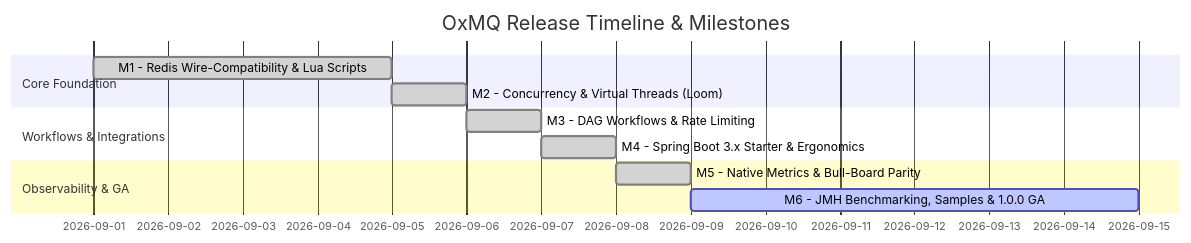
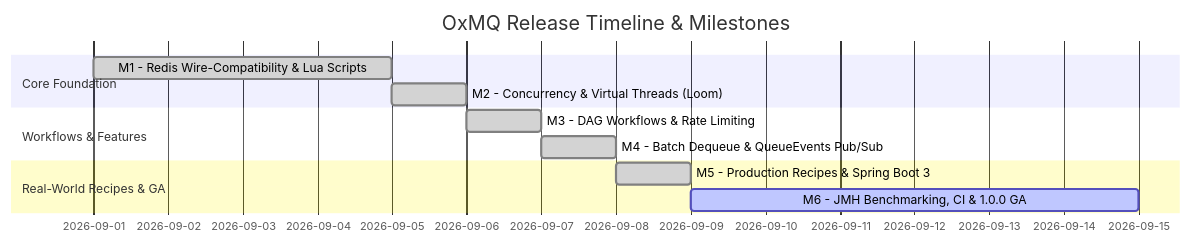
Before and after one commit to gaurav10610/oxmq: the diagram in docs/ROADMAP.md, drawn with Mermaid. The commit also changed other lines of this file and 3 other files, not shown here.

First line of the commit message:
docs: ground documentation, optimize for SEO, and update architecture/roadmap

````diff
--- a/docs/ROADMAP.md
+++ b/docs/ROADMAP.md
@@ -11,14 +11,14 @@
 ```mermaid
 gantt
     title OxMQ Release Timeline & Milestones
     dateFormat  YYYY-MM-DD
     section Core Foundation
     M1 - Redis Wire-Compatibility & Lua Scripts :done, 2026-09-01, 2026-09-05
     M2 - Concurrency & Virtual Threads (Loom)   :done, 2026-09-05, 2026-09-06
-    section Workflows & Integrations
+    section Workflows & Features
     M3 - DAG Workflows & Rate Limiting          :done, 2026-09-06, 2026-09-07
-    M4 - Spring Boot 3.x Starter & Ergonomics   :done, 2026-09-07, 2026-09-08
-    section Observability & GA
-    M5 - Native Metrics & Bull-Board Parity     :done, 2026-09-08, 2026-09-09
-    M6 - JMH Benchmarking, Samples & 1.0.0 GA   :active, 2026-09-09, 2026-09-15
+    M4 - Batch Dequeue & QueueEvents Pub/Sub    :done, 2026-09-07, 2026-09-08
+    section Real-World Recipes & GA
+    M5 - Production Recipes & Spring Boot 3     :done, 2026-09-08, 2026-09-09
+    M6 - JMH Benchmarking, CI & 1.0.0 GA        :active, 2026-09-09, 2026-09-15
 ```
````
